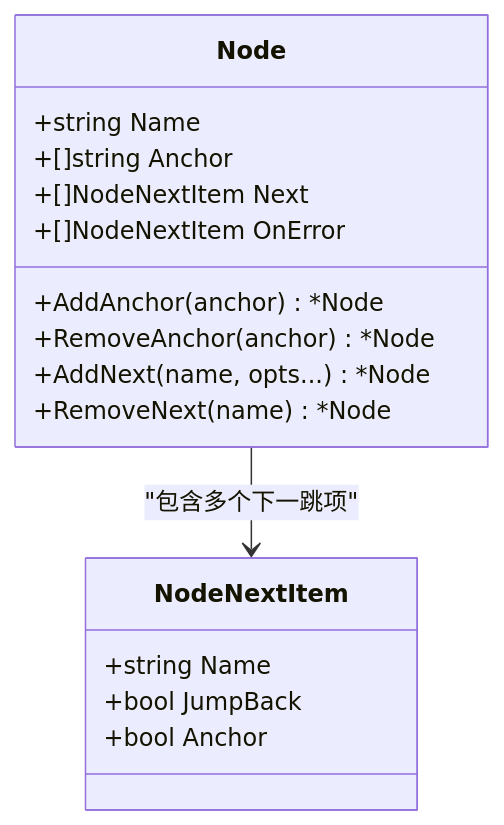
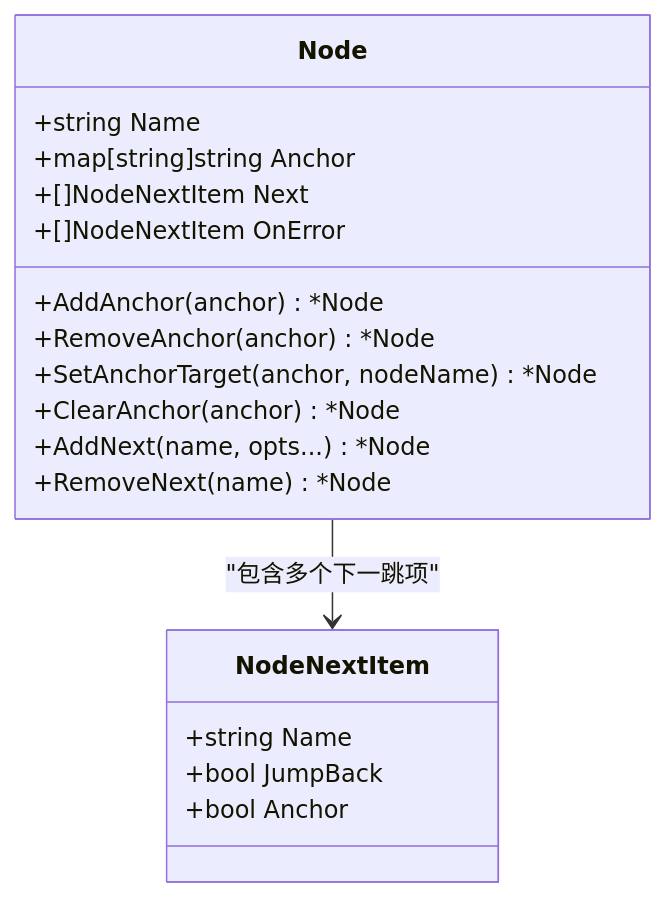
The third of 6 diagrams in instructions/maafw-golang-binding/高级功能/流水线配置/流程控制机制/锚点引用系统.md (kqcoxn/MaaPipelineEditor), drawn with Mermaid before and after one commit. The commit also changed other lines of this file and 5 other files, not shown here.

````diff
--- a/instructions/maafw-golang-binding/高级功能/流水线配置/流程控制机制/锚点引用系统.md
+++ b/instructions/maafw-golang-binding/高级功能/流水线配置/流程控制机制/锚点引用系统.md
@@ -126,19 +141,21 @@
 ```mermaid
 classDiagram
 class Node {
 +string Name
-+[]string Anchor
++map[string]string Anchor
 +[]NodeNextItem Next
 +[]NodeNextItem OnError
 +AddAnchor(anchor) *Node
 +RemoveAnchor(anchor) *Node
++SetAnchorTarget(anchor, nodeName) *Node
++ClearAnchor(anchor) *Node
 +AddNext(name, opts...) *Node
 +RemoveNext(name) *Node
 }
 class NodeNextItem {
 +string Name
 +bool JumpBack
 +bool Anchor
 }
 Node --> NodeNextItem : "包含多个下一跳项"
 ```
````
